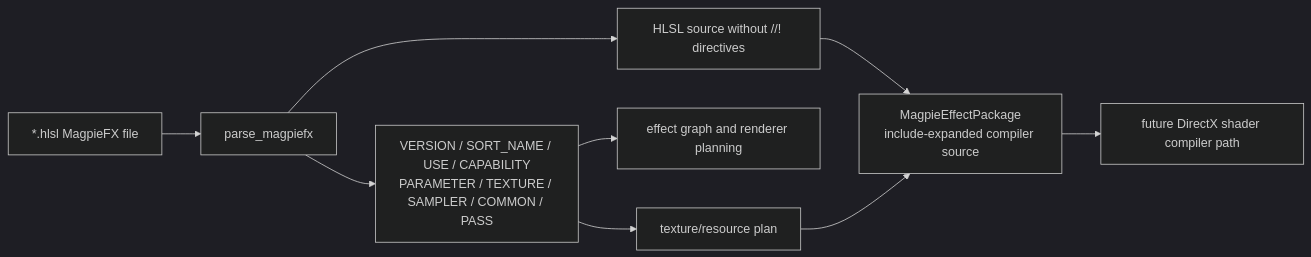
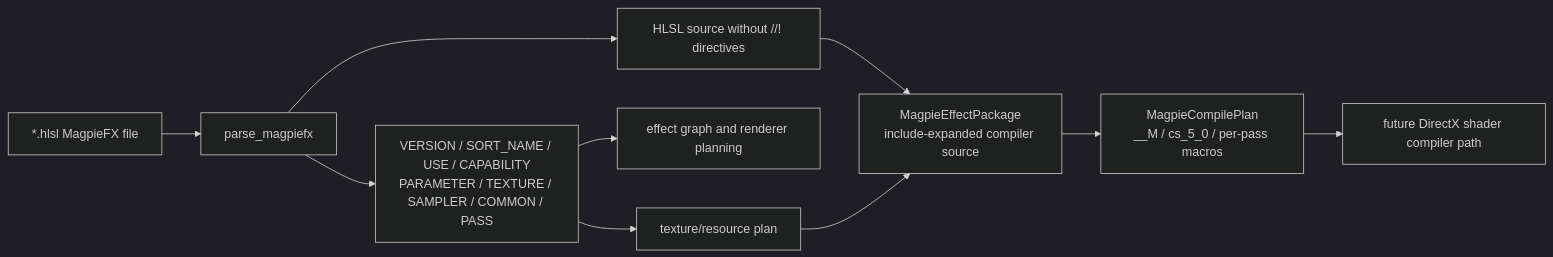
Before and after one commit to Sanzentyo/borderless-rs: the third of 3 diagrams in docs/upscale-integration-plan.md, drawn with Mermaid (dark theme). The commit also changed other lines of this file and 4 other files, not shown here.

Commit message:
magpie: plan shader compile jobs

````diff
--- a/docs/upscale-integration-plan.md
+++ b/docs/upscale-integration-plan.md
@@ -120,11 +120,12 @@
 ```mermaid
 flowchart LR
     File["*.hlsl MagpieFX file"] --> Parser["parse_magpiefx"]
     Parser --> Metadata["VERSION / SORT_NAME / USE / CAPABILITY\nPARAMETER / TEXTURE / SAMPLER / COMMON / PASS"]
     Parser --> Shader["HLSL source without //! directives"]
     Metadata --> Graph["effect graph and renderer planning"]
     Metadata --> Resources["texture/resource plan"]
     Shader --> Package["MagpieEffectPackage\ninclude-expanded compiler source"]
     Resources --> Package
-    Package --> Compiler["future DirectX shader compiler path"]
+    Package --> Jobs["MagpieCompilePlan\n__M / cs_5_0 / per-pass macros"]
+    Jobs --> Compiler["future DirectX shader compiler path"]
 ```
````
